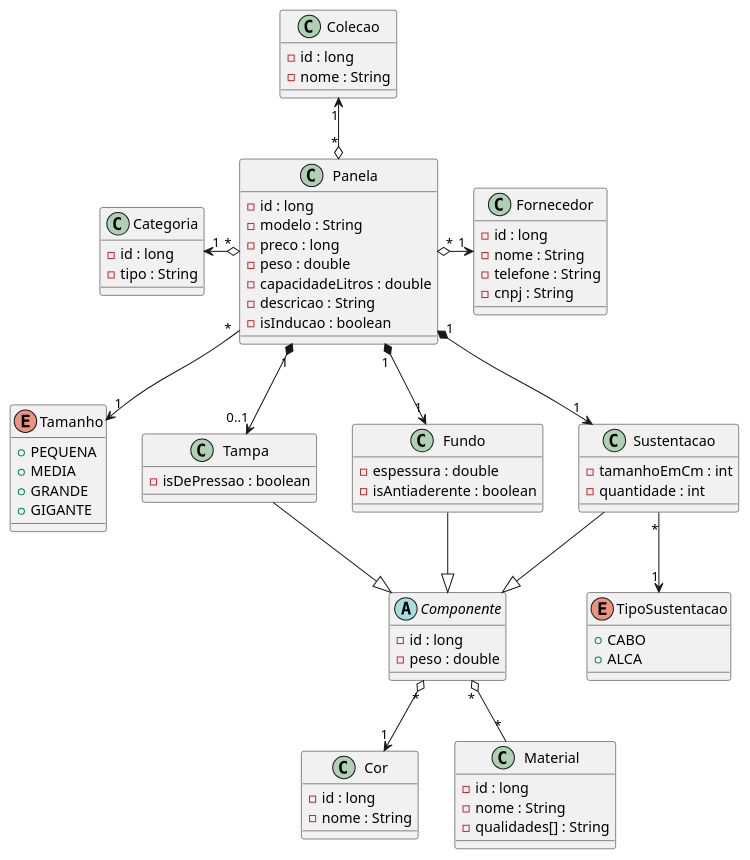
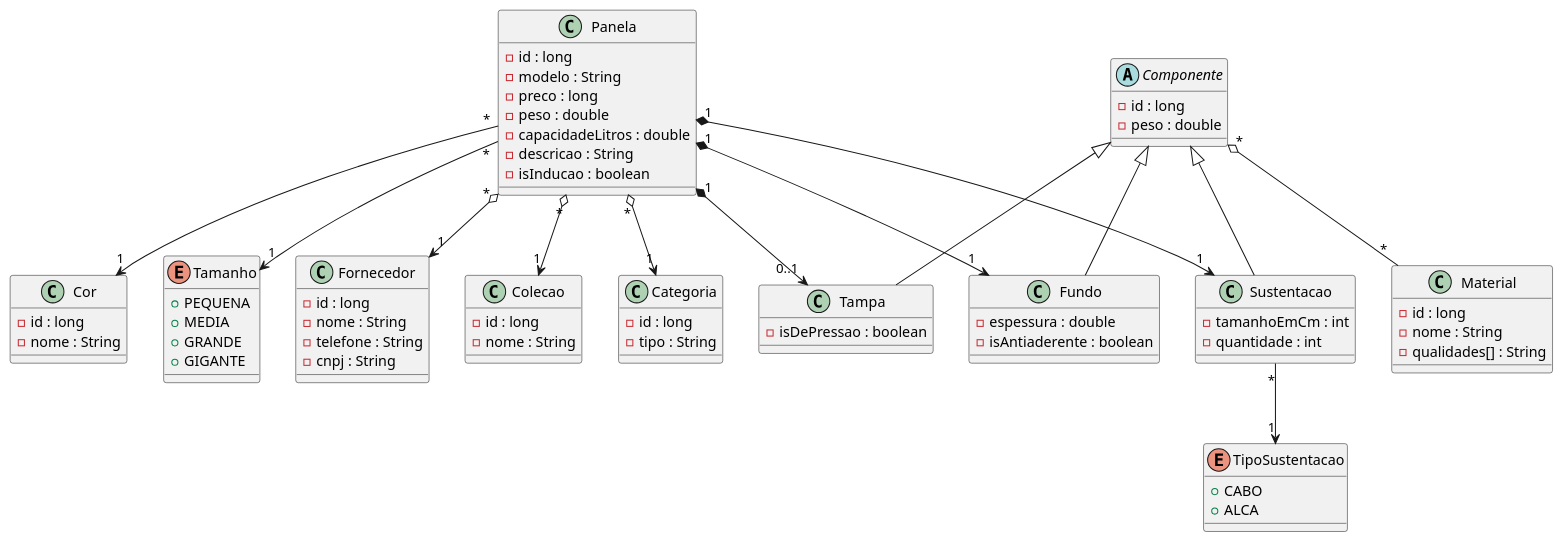
One commit to UniLeandroTR/Ecommerce_de_Panelas changed the diagram in panelas.plantuml. Above: the diagram before and after it, drawn with PlantUML. The commit also changed 16 other files, not shown here.

```diff
--- a/panelas.plantuml
+++ b/panelas.plantuml
@@ -1,83 +1,86 @@
-@startuml
+@startuml ecommerce
 class Panela{
 - id : long
 - modelo : String
 - preco : long
 - peso : double
 - capacidadeLitros : double
 - descricao : String
 - isInducao : boolean
 }
 
 class Colecao{
 - id : long
 - nome : String
 }
 
 class Categoria{
 - id : long
 - tipo : String
 }
 
 class Cor{
 - id : long
 - nome : String
 }
 
 abstract Componente{
 - id : long
 - peso : double
 }
 
 enum Tamanho{
 + PEQUENA
 + MEDIA
 + GRANDE
 + GIGANTE
 }
 
 enum TipoSustentacao{
 + CABO
 + ALCA
 }
 class Fornecedor{
 - id : long
 - nome : String
 - telefone : String
 - cnpj : String
 }
 
 class Material{
 - id : long
 - nome : String
 - qualidades[] : String
 }
 
 class Tampa{
 - isDePressao : boolean
 }
 
 class Fundo{
 - espessura : double
 - isAntiaderente : boolean
 }
 
 class Sustentacao{
 - tamanhoEmCm : int
 - quantidade : int
 }
 
-Panela "*" o-up-> "1" Colecao
+Panela "*" o--> "1" Colecao
 Panela "1" *--> "1" Fundo
 Panela "1" *--> "1" Sustentacao
 Panela "1" *--> "0..1" Tampa
-Panela "*" o-right-> "1" Fornecedor
+Panela "*" o--> "1" Fornecedor
 Panela "*" --> "1" Tamanho
-Panela "*" o-left-> "1" Categoria
-Fundo --|>  Componente
-Tampa --|>  Componente
-Sustentacao --|> Componente
+Panela "*" o--> "1" Categoria
+Panela "*" --> "1" Cor
+
+Componente <|-- Tampa
+Componente <|-- Fundo
+Componente <|-- Sustentacao
+Componente "*" o-- "*" Material
+
 Sustentacao "*" --> "1" TipoSustentacao
-Componente "*" o-- "*" Material
-Componente "*" o--> "1" Cor
+
 @enduml
```
